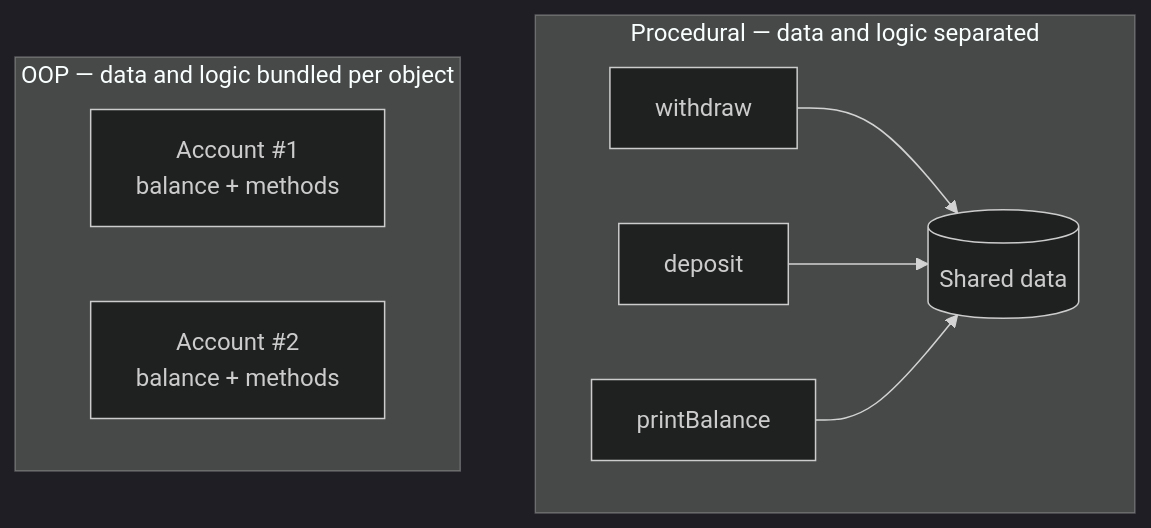
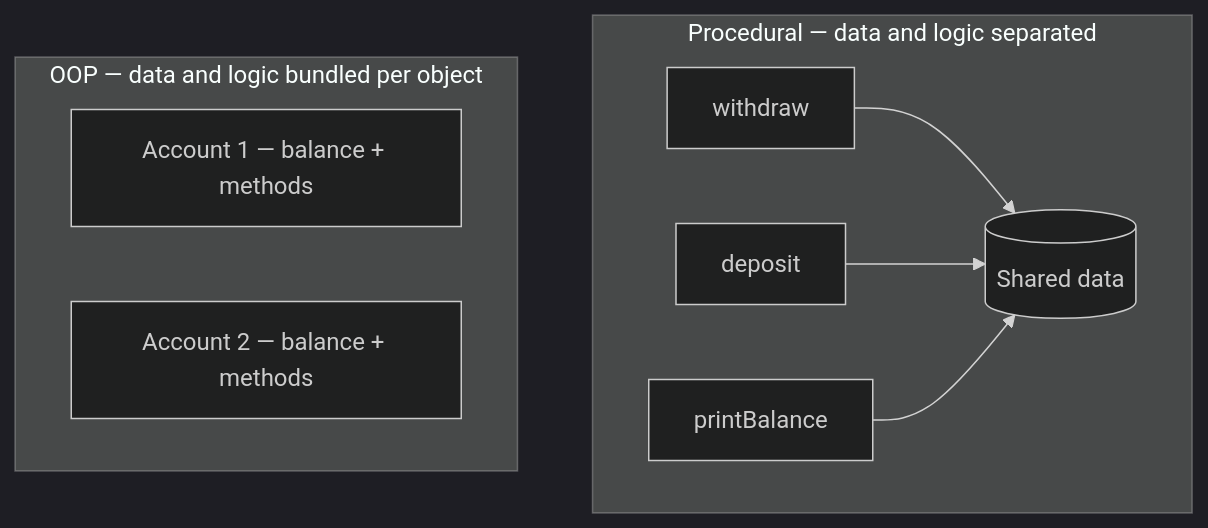
Before and after one commit to mohammad-mriesh-job/cortex: the first of 2 diagrams in src/modules/oop/content/01-foundations/01-what-is-oop.md, drawn with Mermaid (dark theme). The commit also changed other lines of this file and 257 other files, not shown here.

````diff
--- a/src/modules/oop/content/01-foundations/01-what-is-oop.md
+++ b/src/modules/oop/content/01-foundations/01-what-is-oop.md
@@ -20,16 +20,16 @@
 ```mermaid
 flowchart TB
   subgraph PROC["Procedural — data and logic separated"]
     D1[(Shared data)]
     F1[withdraw]
     F2[deposit]
     F3[printBalance]
     F1 --> D1
     F2 --> D1
     F3 --> D1
   end
   subgraph OOP["OOP — data and logic bundled per object"]
-    O1["Account #1<br/>balance + methods"]
-    O2["Account #2<br/>balance + methods"]
+    O1["Account 1 — balance + methods"]
+    O2["Account 2 — balance + methods"]
   end
 ```
````
